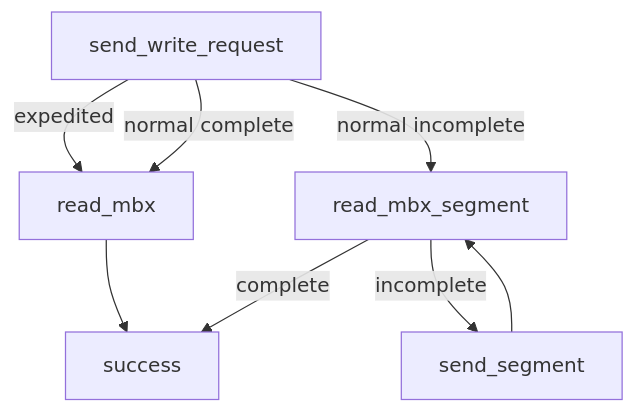
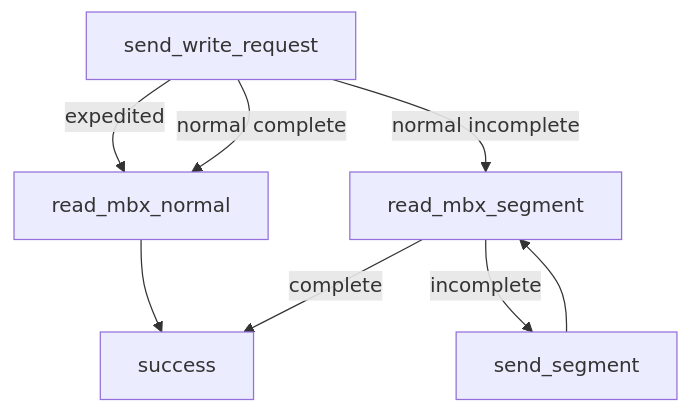
The second of 2 diagrams in src/mailbox/design.md (kj4tmp/gatorcat), drawn with Mermaid before and after one commit. The commit also changed 5 other files, not shown here.

````diff
--- a/src/mailbox/design.md
+++ b/src/mailbox/design.md
@@ -27,11 +27,11 @@
 ```mermaid
 graph TB;  
-    send_write_request -->|expedited| read_mbx;
-    send_write_request -->|normal complete| read_mbx;
-    read_mbx --> success;
+    send_write_request -->|expedited| read_mbx_normal;
+    send_write_request -->|normal complete| read_mbx_normal;
+    read_mbx_normal --> success;
     send_write_request -->|normal incomplete| read_mbx_segment;
     read_mbx_segment -->|incomplete| send_segment;
     read_mbx_segment -->|complete|success;
     send_segment --> read_mbx_segment;
 
 ```
````
